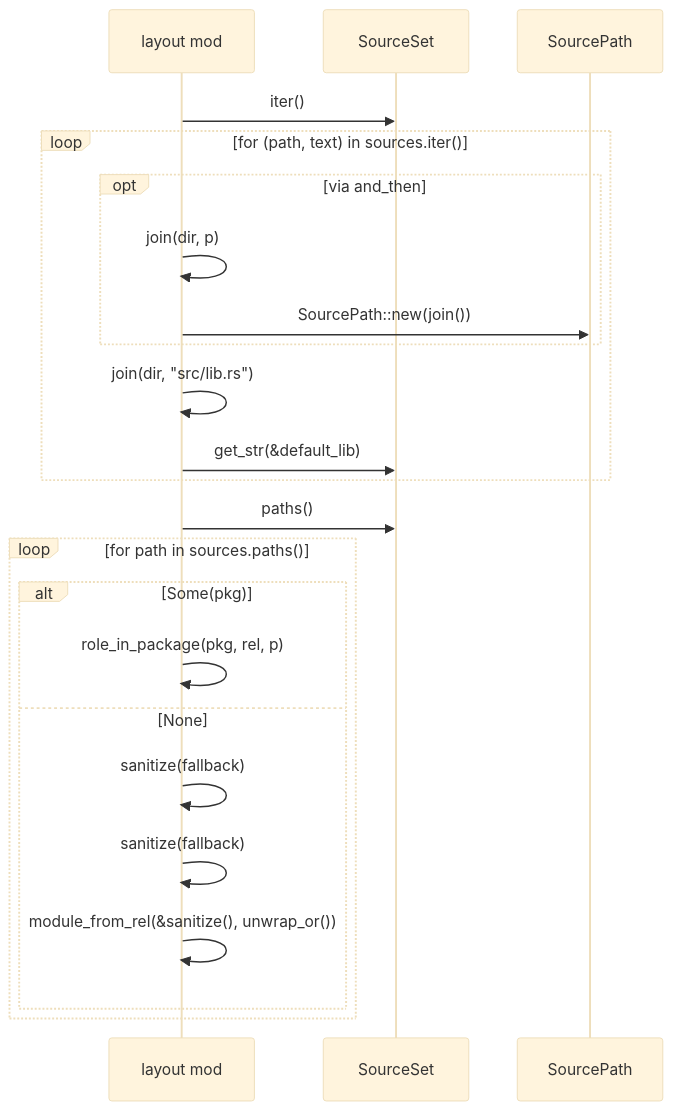
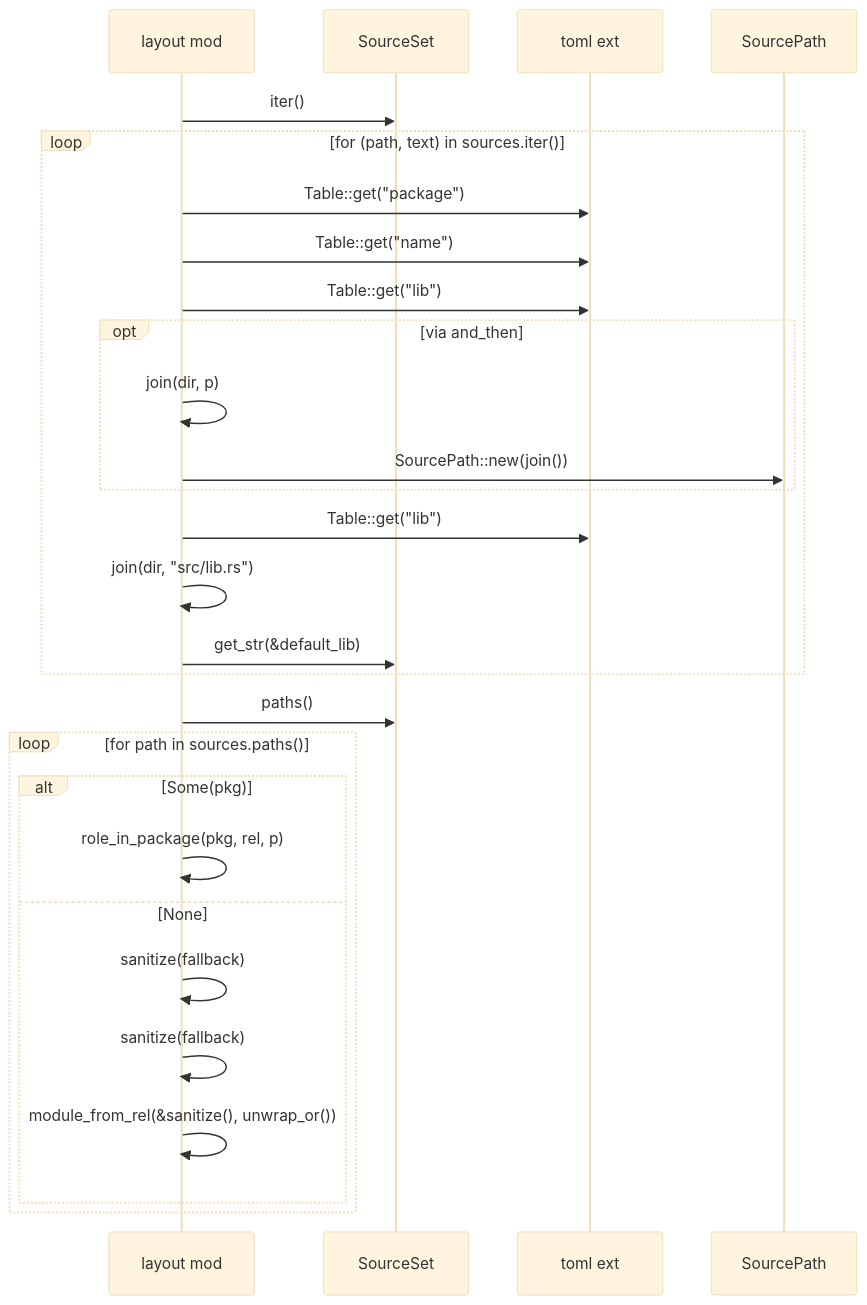
Before and after one commit to DreamLab-AI/codemaid: the second of 4 diagrams in docs/sealmap/crates/sealmap-rust/src/layout.rs.md, drawn with Mermaid (base theme). The commit also changed other lines of this file and 45 other files, not shown here.

First line of the commit message:
docs: regenerate the self-corpus for sym: ids and schema v2

````diff
--- a/docs/sealmap/crates/sealmap-rust/src/layout.rs.md
+++ b/docs/sealmap/crates/sealmap-rust/src/layout.rs.md
@@ -62,25 +62,30 @@
 ```mermaid
 sequenceDiagram
   participant sealmap_rust__layout as layout mod
-  participant sealmap_model__source__SourceSet as SourceSet
-  participant sealmap_model__path__SourcePath as SourcePath
-  sealmap_rust__layout->>sealmap_model__source__SourceSet: iter()
+  participant sealmap_model__source___tSourceSet as SourceSet
+  participant _toml as toml ext
+  participant sealmap_model__path___tSourcePath as SourcePath
+  sealmap_rust__layout->>sealmap_model__source___tSourceSet: iter()
   loop for (path, text) in sources.iter()
+    sealmap_rust__layout->>_toml: Table::get(#quot;package#quot;)
+    sealmap_rust__layout->>_toml: Table::get(#quot;name#quot;)
+    sealmap_rust__layout->>_toml: Table::get(#quot;lib#quot;)
     opt via and_then
       sealmap_rust__layout->>sealmap_rust__layout: join(dir, p)
-      sealmap_rust__layout->>sealmap_model__path__SourcePath: SourcePath::new(join())
+      sealmap_rust__layout->>sealmap_model__path___tSourcePath: SourcePath::new(join())
     end
+    sealmap_rust__layout->>_toml: Table::get(#quot;lib#quot;)
     sealmap_rust__layout->>sealmap_rust__layout: join(dir, #quot;src/lib.rs#quot;)
-    sealmap_rust__layout->>sealmap_model__source__SourceSet: get_str(&default_lib)
+    sealmap_rust__layout->>sealmap_model__source___tSourceSet: get_str(&default_lib)
   end
-  sealmap_rust__layout->>sealmap_model__source__SourceSet: paths()
+  sealmap_rust__layout->>sealmap_model__source___tSourceSet: paths()
   loop for path in sources.paths()
     alt Some(pkg)
       sealmap_rust__layout->>sealmap_rust__layout: role_in_package(pkg, rel, p)
     else None
       sealmap_rust__layout->>sealmap_rust__layout: sanitize(fallback)
       sealmap_rust__layout->>sealmap_rust__layout: sanitize(fallback)
       sealmap_rust__layout->>sealmap_rust__layout: module_from_rel(&sanitize(), unwrap_or())
     end
   end
 ```
````
